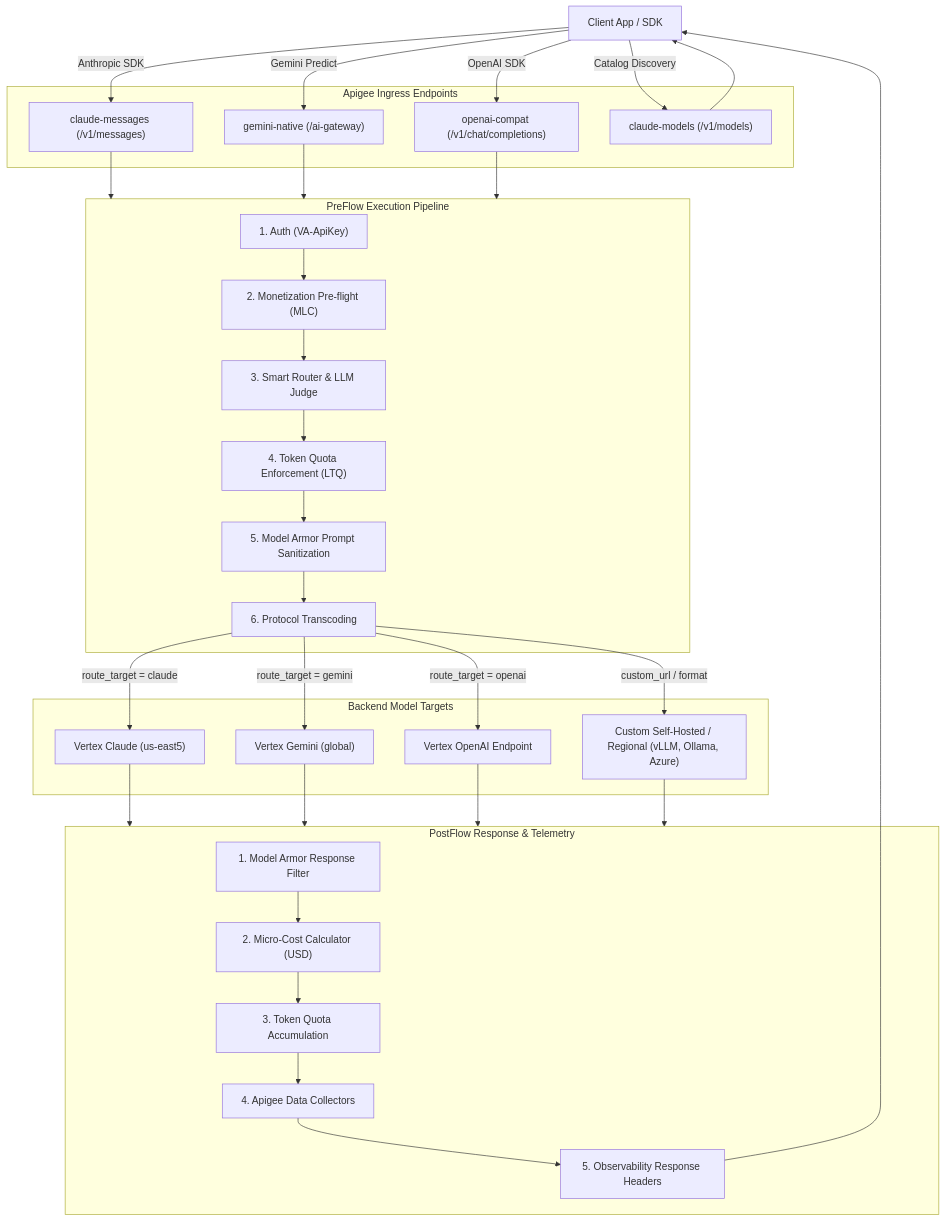
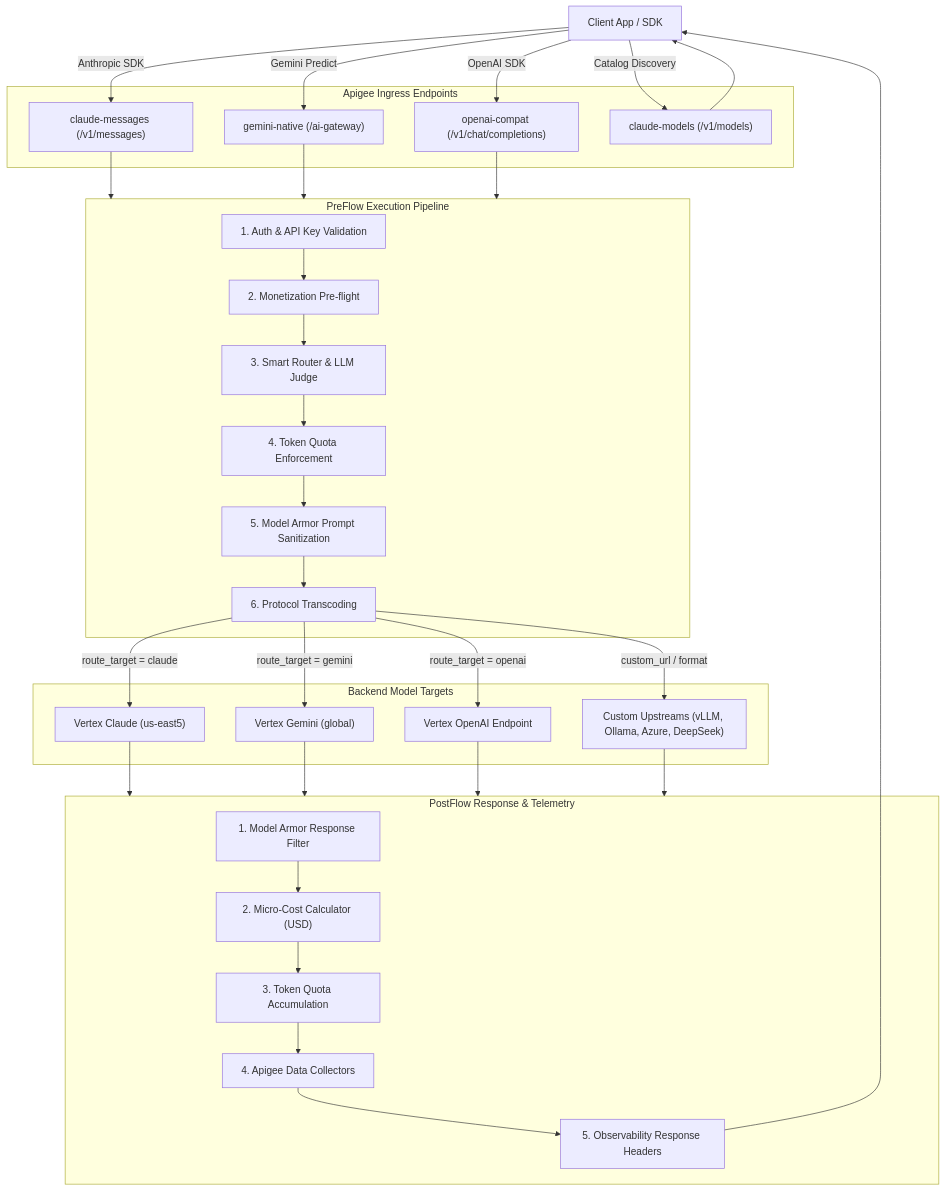
One commit to ra2085/ai-gw-sample changed the diagram in README.md. Above: the diagram before and after it, drawn with Mermaid. The commit also changed other lines of this file and 32 other files, not shown here.

````diff
--- a/README.md
+++ b/README.md
@@ -32,60 +43,60 @@
 ```mermaid
 graph TD
     Client["Client App / SDK"]
 
     subgraph Ingress["Apigee Ingress Endpoints"]
         EP_Claude["claude-messages (/v1/messages)"]
         EP_Gemini["gemini-native (/ai-gateway)"]
         EP_OpenAI["openai-compat (/v1/chat/completions)"]
         EP_Models["claude-models (/v1/models)"]
     end
 
     subgraph Pipeline["PreFlow Execution Pipeline"]
-        Auth["1. Auth (VA-ApiKey)"]
-        MLC["2. Monetization Pre-flight (MLC)"]
+        Auth["1. Auth & API Key Validation"]
+        MLC["2. Monetization Pre-flight"]
         Judge["3. Smart Router & LLM Judge"]
-        Quota["4. Token Quota Enforcement (LTQ)"]
+        Quota["4. Token Quota Enforcement"]
         Armor["5. Model Armor Prompt Sanitization"]
         Xlate["6. Protocol Transcoding"]
         
         Auth --> MLC --> Judge --> Quota --> Armor --> Xlate
     end
 
     subgraph Targets["Backend Model Targets"]
         T_Claude["Vertex Claude (us-east5)"]
         T_Gemini["Vertex Gemini (global)"]
         T_OpenAI["Vertex OpenAI Endpoint"]
-        T_Custom["Custom Self-Hosted / Regional (vLLM, Ollama, Azure)"]
+        T_Custom["Custom Upstreams (vLLM, Ollama, Azure, DeepSeek)"]
     end
 
     Client -->|Anthropic SDK| EP_Claude
     Client -->|Gemini Predict| EP_Gemini
     Client -->|OpenAI SDK| EP_OpenAI
     Client -->|Catalog Discovery| EP_Models
 
     EP_Claude --> Pipeline
     EP_Gemini --> Pipeline
     EP_OpenAI --> Pipeline
 
     Xlate -->|route_target = claude| T_Claude
     Xlate -->|route_target = gemini| T_Gemini
     Xlate -->|route_target = openai| T_OpenAI
     Xlate -->|custom_url / format| T_Custom
 
     subgraph Egress["PostFlow Response & Telemetry"]
         SMR["1. Model Armor Response Filter"]
         Calc["2. Micro-Cost Calculator (USD)"]
         LTQ_Cnt["3. Token Quota Accumulation"]
         DC["4. Apigee Data Collectors"]
         Hdrs["5. Observability Response Headers"]
         
         SMR --> Calc --> LTQ_Cnt --> DC --> Hdrs
     end
 
     T_Claude --> Egress
     T_Gemini --> Egress
     T_OpenAI --> Egress
     T_Custom --> Egress
     Hdrs --> Client
     EP_Models --> Client
 ```
````
